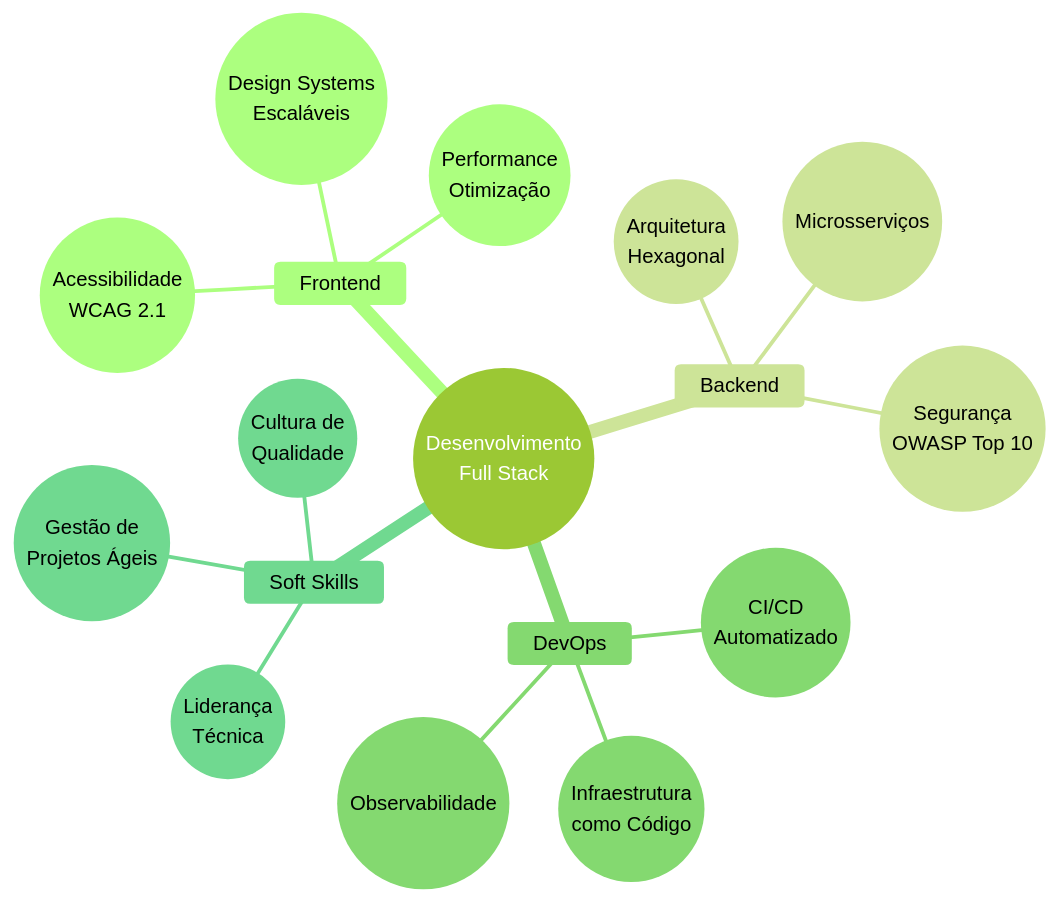
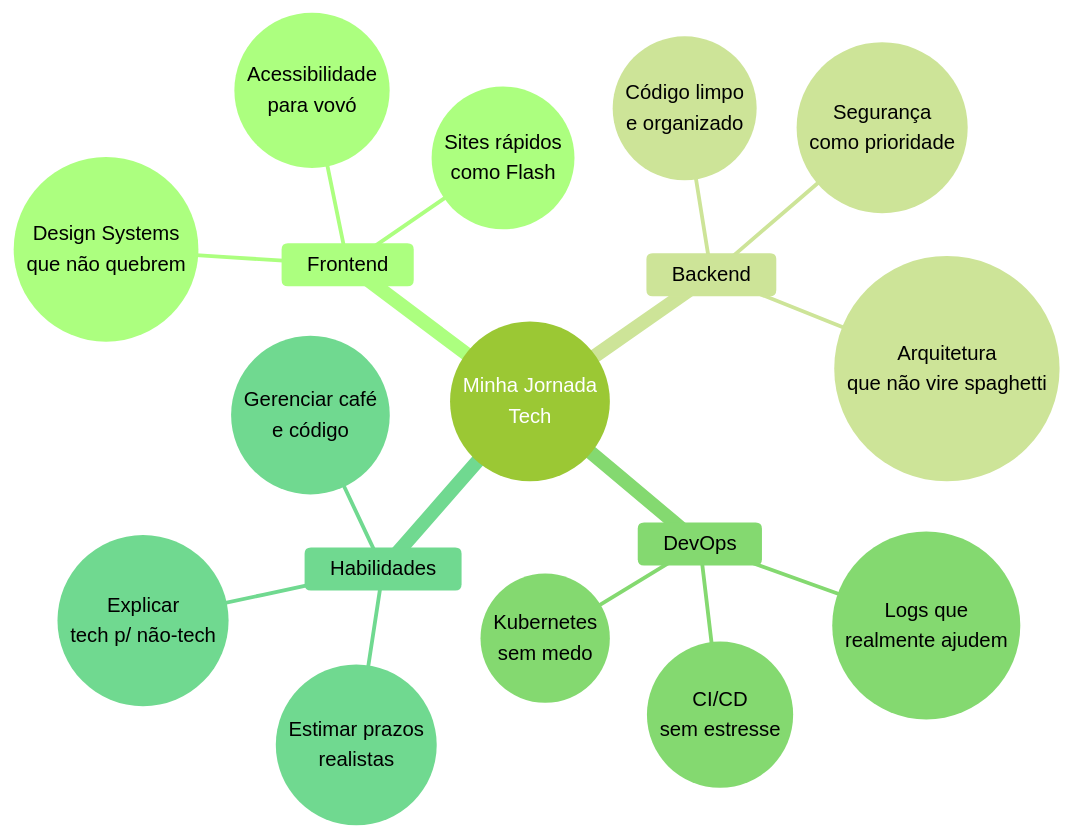
Before and after one commit to StephanyeCunto/StephanyeCunto: the diagram in README.md, drawn with Mermaid (forest theme). The commit also changed other lines of this file, not shown here.

````diff
--- a/README.md
+++ b/README.md
@@ -117,25 +94,20 @@
 ```mermaid
 mindmap
-    root((Desenvolvimento<br>Full Stack))
-        %% Frontend Branch
+    root((Minha Jornada<br>Tech))
         Frontend
-            ((Design Systems<br>Escaláveis ))
-            ((Performance <br>Otimização ))
-            ((Acessibilidade<br>WCAG 2.1 ))
-        %% Backend Branch
+            ((Design Systems<br>que não quebrem ))
+            ((Sites rápidos<br>como Flash ))
+            ((Acessibilidade<br>para vovó ))
         Backend
-            ((Arquitetura<br>Hexagonal ))
-            ((Microsserviços ))
-            ((Segurança<br>OWASP Top 10 ))
-        %% DevOps Branch
+            ((Arquitetura<br>que não vire spaghetti ))
+            ((Código limpo<br>e organizado))
+            ((Segurança<br>como prioridade))
         DevOps
-            ((CI/CD<br>Automatizado ))
-            ((Infraestrutura<br>como Código ))
-            ((Observabilidade ))
-        %% Soft Skills Branch
-        Soft Skills
-            ((Liderança<br>Técnica ))
-            ((Cultura de<br>Qualidade ))
-            ((Gestão de<br>Projetos Ágeis ))          
-
+            ((CI/CD<br>sem estresse ))
+            ((Kubernetes<br>sem medo ))
+            ((Logs que<br>realmente ajudem ))
+        Habilidades
+            ((Explicar<br>tech p/ não-tech ))
+            ((Estimar prazos<br>realistas ))
+            ((Gerenciar café<br>e código ))          
 ```
````
